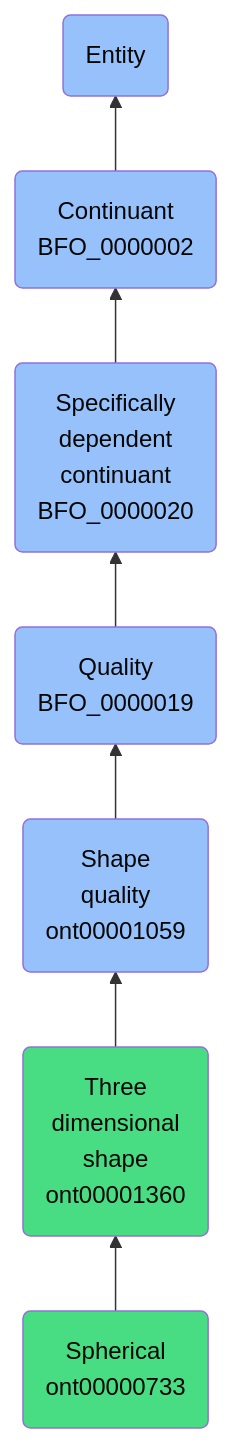
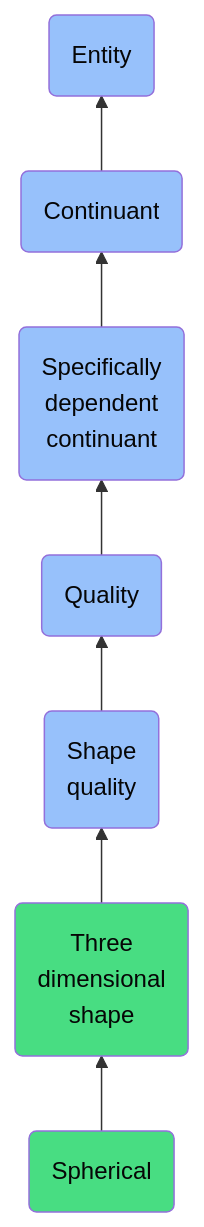
The diagram in docs/ontology/reference/model/Entity/Continuant/Specifically dependent continuant/Quality/Shape quality/Three dimensional shape/Spherical/Spherical.md (jupyter-naas/abi), drawn with Mermaid before and after one commit. The commit also changed other lines of this file and 1430 other files, not shown here.

````diff
--- a/docs/ontology/reference/model/Entity/Continuant/Specifically dependent continuant/Quality/Shape quality/Three dimensional shape/Spherical/Spherical.md
+++ b/docs/ontology/reference/model/Entity/Continuant/Specifically dependent continuant/Quality/Shape quality/Three dimensional shape/Spherical/Spherical.md
@@ -24,14 +24,14 @@
 ```mermaid
 graph BT
-    ont00000733(Spherical<br>ont00000733):::ABI-->ont00001360
-    ont00001360(Three<br>dimensional<br>shape<br>ont00001360):::ABI-->ont00001059
-    ont00001059(Shape<br>quality<br>ont00001059):::BFO-->BFO_0000019
-    BFO_0000019(Quality<br>BFO_0000019):::BFO-->BFO_0000020
-    BFO_0000020(Specifically<br>dependent<br>continuant<br>BFO_0000020):::BFO-->BFO_0000002
-    BFO_0000002(Continuant<br>BFO_0000002):::BFO-->BFO_0000001
+    ont00000733(Spherical):::ABI-->ont00001360
+    ont00001360(Three<br>dimensional<br>shape):::ABI-->ont00001059
+    ont00001059(Shape<br>quality):::BFO-->BFO_0000019
+    BFO_0000019(Quality):::BFO-->BFO_0000020
+    BFO_0000020(Specifically<br>dependent<br>continuant):::BFO-->BFO_0000002
+    BFO_0000002(Continuant):::BFO-->BFO_0000001
     BFO_0000001(Entity):::BFO
     
     classDef BFO fill:#97c1fb,color:#060606
     classDef CCO fill:#e4c51e,color:#060606
     classDef ABI fill:#48DD82,color:#060606
 ```
````
